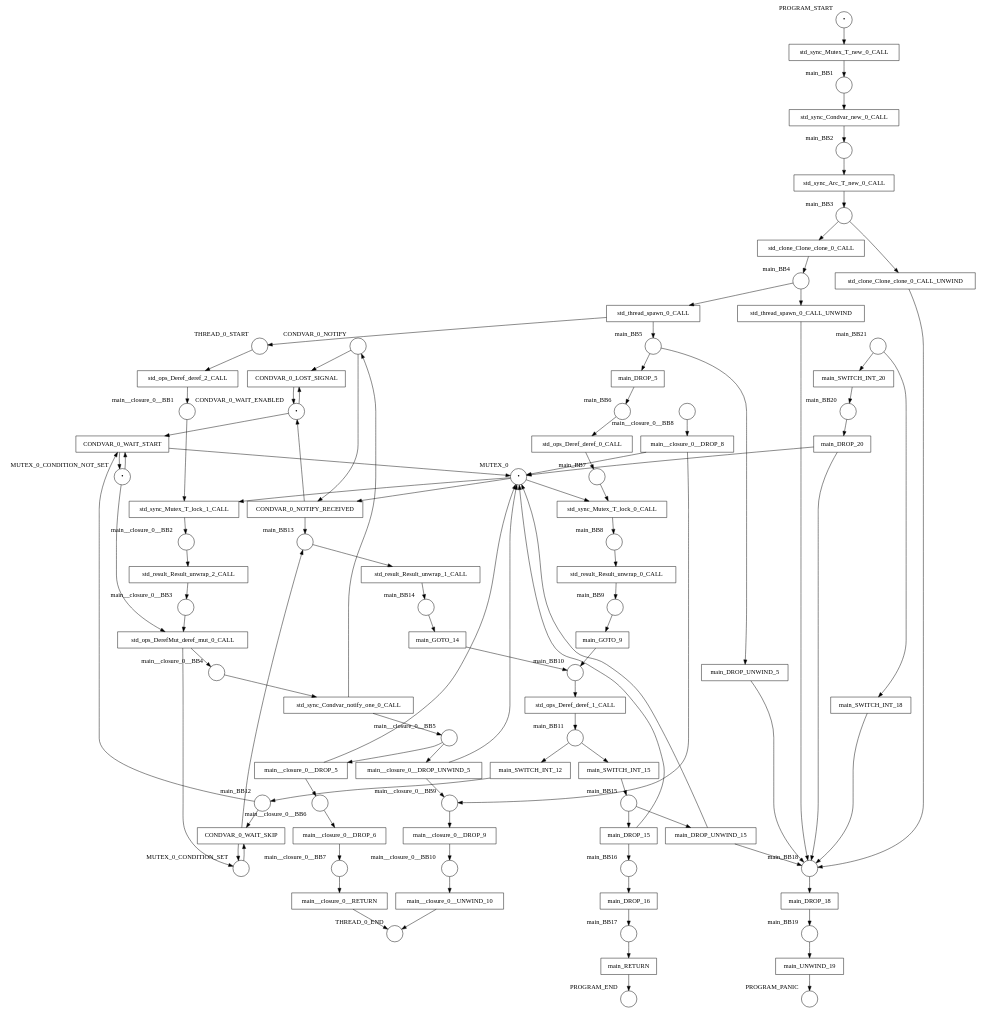
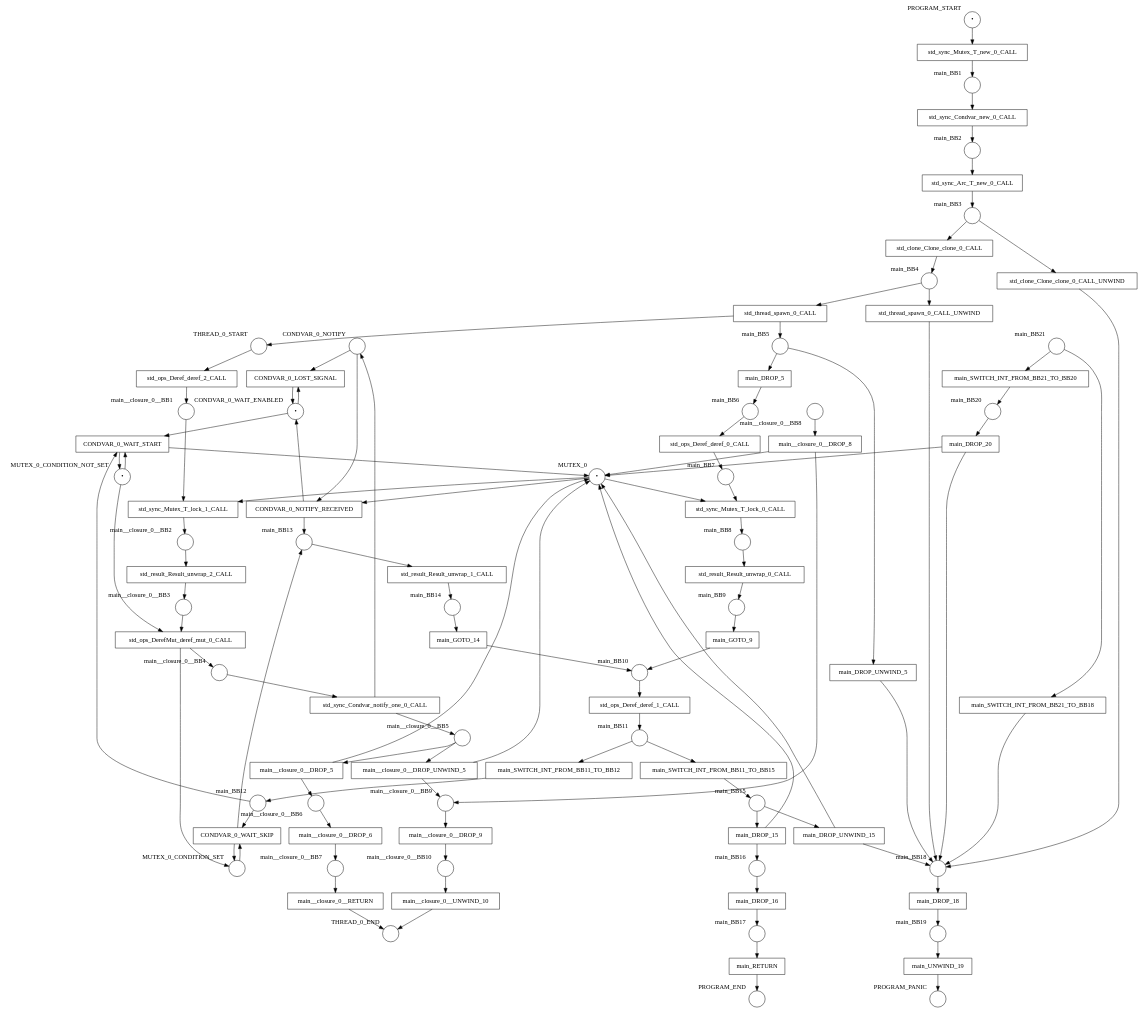
One commit to hlisdero/cargo-check-deadlock changed the diagram in examples/results/condvar/wait/net.dot. Above: the diagram before and after it, drawn with Graphviz. The commit also changed 34 other files, not shown here.

```diff
--- a/examples/results/condvar/wait/net.dot
+++ b/examples/results/condvar/wait/net.dot
@@ -1,192 +1,192 @@
 digraph petrinet {
     CONDVAR_0_NOTIFY [shape="circle" xlabel="CONDVAR_0_NOTIFY" label=""];
     CONDVAR_0_WAIT_ENABLED [shape="circle" xlabel="CONDVAR_0_WAIT_ENABLED" label="•"];
     MUTEX_0 [shape="circle" xlabel="MUTEX_0" label="•"];
     MUTEX_0_CONDITION_NOT_SET [shape="circle" xlabel="MUTEX_0_CONDITION_NOT_SET" label="•"];
     MUTEX_0_CONDITION_SET [shape="circle" xlabel="MUTEX_0_CONDITION_SET" label=""];
     PROGRAM_END [shape="circle" xlabel="PROGRAM_END" label=""];
     PROGRAM_PANIC [shape="circle" xlabel="PROGRAM_PANIC" label=""];
     PROGRAM_START [shape="circle" xlabel="PROGRAM_START" label="•"];
     THREAD_0_END [shape="circle" xlabel="THREAD_0_END" label=""];
     THREAD_0_START [shape="circle" xlabel="THREAD_0_START" label=""];
     main_BB1 [shape="circle" xlabel="main_BB1" label=""];
     main_BB10 [shape="circle" xlabel="main_BB10" label=""];
     main_BB11 [shape="circle" xlabel="main_BB11" label=""];
     main_BB12 [shape="circle" xlabel="main_BB12" label=""];
     main_BB13 [shape="circle" xlabel="main_BB13" label=""];
     main_BB14 [shape="circle" xlabel="main_BB14" label=""];
     main_BB15 [shape="circle" xlabel="main_BB15" label=""];
     main_BB16 [shape="circle" xlabel="main_BB16" label=""];
     main_BB17 [shape="circle" xlabel="main_BB17" label=""];
     main_BB18 [shape="circle" xlabel="main_BB18" label=""];
     main_BB19 [shape="circle" xlabel="main_BB19" label=""];
     main_BB2 [shape="circle" xlabel="main_BB2" label=""];
     main_BB20 [shape="circle" xlabel="main_BB20" label=""];
     main_BB21 [shape="circle" xlabel="main_BB21" label=""];
     main_BB3 [shape="circle" xlabel="main_BB3" label=""];
     main_BB4 [shape="circle" xlabel="main_BB4" label=""];
     main_BB5 [shape="circle" xlabel="main_BB5" label=""];
     main_BB6 [shape="circle" xlabel="main_BB6" label=""];
     main_BB7 [shape="circle" xlabel="main_BB7" label=""];
     main_BB8 [shape="circle" xlabel="main_BB8" label=""];
     main_BB9 [shape="circle" xlabel="main_BB9" label=""];
     main__closure_0__BB1 [shape="circle" xlabel="main__closure_0__BB1" label=""];
     main__closure_0__BB10 [shape="circle" xlabel="main__closure_0__BB10" label=""];
     main__closure_0__BB2 [shape="circle" xlabel="main__closure_0__BB2" label=""];
     main__closure_0__BB3 [shape="circle" xlabel="main__closure_0__BB3" label=""];
     main__closure_0__BB4 [shape="circle" xlabel="main__closure_0__BB4" label=""];
     main__closure_0__BB5 [shape="circle" xlabel="main__closure_0__BB5" label=""];
     main__closure_0__BB6 [shape="circle" xlabel="main__closure_0__BB6" label=""];
     main__closure_0__BB7 [shape="circle" xlabel="main__closure_0__BB7" label=""];
     main__closure_0__BB8 [shape="circle" xlabel="main__closure_0__BB8" label=""];
     main__closure_0__BB9 [shape="circle" xlabel="main__closure_0__BB9" label=""];
     CONDVAR_0_LOST_SIGNAL [shape="box" xlabel="" label="CONDVAR_0_LOST_SIGNAL"];
     CONDVAR_0_NOTIFY_RECEIVED [shape="box" xlabel="" label="CONDVAR_0_NOTIFY_RECEIVED"];
     CONDVAR_0_WAIT_SKIP [shape="box" xlabel="" label="CONDVAR_0_WAIT_SKIP"];
     CONDVAR_0_WAIT_START [shape="box" xlabel="" label="CONDVAR_0_WAIT_START"];
     main_DROP_15 [shape="box" xlabel="" label="main_DROP_15"];
     main_DROP_16 [shape="box" xlabel="" label="main_DROP_16"];
     main_DROP_18 [shape="box" xlabel="" label="main_DROP_18"];
     main_DROP_20 [shape="box" xlabel="" label="main_DROP_20"];
     main_DROP_5 [shape="box" xlabel="" label="main_DROP_5"];
     main_DROP_UNWIND_15 [shape="box" xlabel="" label="main_DROP_UNWIND_15"];
     main_DROP_UNWIND_5 [shape="box" xlabel="" label="main_DROP_UNWIND_5"];
     main_GOTO_14 [shape="box" xlabel="" label="main_GOTO_14"];
     main_GOTO_9 [shape="box" xlabel="" label="main_GOTO_9"];
     main_RETURN [shape="box" xlabel="" label="main_RETURN"];
-    main_SWITCH_INT_12 [shape="box" xlabel="" label="main_SWITCH_INT_12"];
-    main_SWITCH_INT_15 [shape="box" xlabel="" label="main_SWITCH_INT_15"];
-    main_SWITCH_INT_18 [shape="box" xlabel="" label="main_SWITCH_INT_18"];
-    main_SWITCH_INT_20 [shape="box" xlabel="" label="main_SWITCH_INT_20"];
+    main_SWITCH_INT_FROM_BB11_TO_BB12 [shape="box" xlabel="" label="main_SWITCH_INT_FROM_BB11_TO_BB12"];
+    main_SWITCH_INT_FROM_BB11_TO_BB15 [shape="box" xlabel="" label="main_SWITCH_INT_FROM_BB11_TO_BB15"];
+    main_SWITCH_INT_FROM_BB21_TO_BB18 [shape="box" xlabel="" label="main_SWITCH_INT_FROM_BB21_TO_BB18"];
+    main_SWITCH_INT_FROM_BB21_TO_BB20 [shape="box" xlabel="" label="main_SWITCH_INT_FROM_BB21_TO_BB20"];
     main_UNWIND_19 [shape="box" xlabel="" label="main_UNWIND_19"];
     main__closure_0__DROP_5 [shape="box" xlabel="" label="main__closure_0__DROP_5"];
     main__closure_0__DROP_6 [shape="box" xlabel="" label="main__closure_0__DROP_6"];
     main__closure_0__DROP_8 [shape="box" xlabel="" label="main__closure_0__DROP_8"];
     main__closure_0__DROP_9 [shape="box" xlabel="" label="main__closure_0__DROP_9"];
     main__closure_0__DROP_UNWIND_5 [shape="box" xlabel="" label="main__closure_0__DROP_UNWIND_5"];
     main__closure_0__RETURN [shape="box" xlabel="" label="main__closure_0__RETURN"];
     main__closure_0__UNWIND_10 [shape="box" xlabel="" label="main__closure_0__UNWIND_10"];
     std_clone_Clone_clone_0_CALL [shape="box" xlabel="" label="std_clone_Clone_clone_0_CALL"];
     std_clone_Clone_clone_0_CALL_UNWIND [shape="box" xlabel="" label="std_clone_Clone_clone_0_CALL_UNWIND"];
     std_ops_DerefMut_deref_mut_0_CALL [shape="box" xlabel="" label="std_ops_DerefMut_deref_mut_0_CALL"];
     std_ops_Deref_deref_0_CALL [shape="box" xlabel="" label="std_ops_Deref_deref_0_CALL"];
     std_ops_Deref_deref_1_CALL [shape="box" xlabel="" label="std_ops_Deref_deref_1_CALL"];
     std_ops_Deref_deref_2_CALL [shape="box" xlabel="" label="std_ops_Deref_deref_2_CALL"];
     std_result_Result_unwrap_0_CALL [shape="box" xlabel="" label="std_result_Result_unwrap_0_CALL"];
     std_result_Result_unwrap_1_CALL [shape="box" xlabel="" label="std_result_Result_unwrap_1_CALL"];
     std_result_Result_unwrap_2_CALL [shape="box" xlabel="" label="std_result_Result_unwrap_2_CALL"];
     std_sync_Arc_T_new_0_CALL [shape="box" xlabel="" label="std_sync_Arc_T_new_0_CALL"];
     std_sync_Condvar_new_0_CALL [shape="box" xlabel="" label="std_sync_Condvar_new_0_CALL"];
     std_sync_Condvar_notify_one_0_CALL [shape="box" xlabel="" label="std_sync_Condvar_notify_one_0_CALL"];
     std_sync_Mutex_T_lock_0_CALL [shape="box" xlabel="" label="std_sync_Mutex_T_lock_0_CALL"];
     std_sync_Mutex_T_lock_1_CALL [shape="box" xlabel="" label="std_sync_Mutex_T_lock_1_CALL"];
     std_sync_Mutex_T_new_0_CALL [shape="box" xlabel="" label="std_sync_Mutex_T_new_0_CALL"];
     std_thread_spawn_0_CALL [shape="box" xlabel="" label="std_thread_spawn_0_CALL"];
     std_thread_spawn_0_CALL_UNWIND [shape="box" xlabel="" label="std_thread_spawn_0_CALL_UNWIND"];
     CONDVAR_0_NOTIFY -> CONDVAR_0_LOST_SIGNAL;
     CONDVAR_0_NOTIFY -> CONDVAR_0_NOTIFY_RECEIVED;
     CONDVAR_0_WAIT_ENABLED -> CONDVAR_0_LOST_SIGNAL;
     CONDVAR_0_WAIT_ENABLED -> CONDVAR_0_WAIT_START;
     MUTEX_0 -> CONDVAR_0_NOTIFY_RECEIVED;
     MUTEX_0 -> std_sync_Mutex_T_lock_0_CALL;
     MUTEX_0 -> std_sync_Mutex_T_lock_1_CALL;
     MUTEX_0_CONDITION_NOT_SET -> CONDVAR_0_WAIT_START;
     MUTEX_0_CONDITION_NOT_SET -> std_ops_DerefMut_deref_mut_0_CALL;
     MUTEX_0_CONDITION_SET -> CONDVAR_0_WAIT_SKIP;
     PROGRAM_START -> std_sync_Mutex_T_new_0_CALL;
     THREAD_0_START -> std_ops_Deref_deref_2_CALL;
     main_BB1 -> std_sync_Condvar_new_0_CALL;
     main_BB10 -> std_ops_Deref_deref_1_CALL;
-    main_BB11 -> main_SWITCH_INT_12;
-    main_BB11 -> main_SWITCH_INT_15;
+    main_BB11 -> main_SWITCH_INT_FROM_BB11_TO_BB12;
+    main_BB11 -> main_SWITCH_INT_FROM_BB11_TO_BB15;
     main_BB12 -> CONDVAR_0_WAIT_SKIP;
     main_BB12 -> CONDVAR_0_WAIT_START;
     main_BB13 -> std_result_Result_unwrap_1_CALL;
     main_BB14 -> main_GOTO_14;
     main_BB15 -> main_DROP_15;
     main_BB15 -> main_DROP_UNWIND_15;
     main_BB16 -> main_DROP_16;
     main_BB17 -> main_RETURN;
     main_BB18 -> main_DROP_18;
     main_BB19 -> main_UNWIND_19;
     main_BB2 -> std_sync_Arc_T_new_0_CALL;
     main_BB20 -> main_DROP_20;
-    main_BB21 -> main_SWITCH_INT_18;
-    main_BB21 -> main_SWITCH_INT_20;
+    main_BB21 -> main_SWITCH_INT_FROM_BB21_TO_BB18;
+    main_BB21 -> main_SWITCH_INT_FROM_BB21_TO_BB20;
     main_BB3 -> std_clone_Clone_clone_0_CALL;
     main_BB3 -> std_clone_Clone_clone_0_CALL_UNWIND;
     main_BB4 -> std_thread_spawn_0_CALL;
     main_BB4 -> std_thread_spawn_0_CALL_UNWIND;
     main_BB5 -> main_DROP_5;
     main_BB5 -> main_DROP_UNWIND_5;
     main_BB6 -> std_ops_Deref_deref_0_CALL;
     main_BB7 -> std_sync_Mutex_T_lock_0_CALL;
     main_BB8 -> std_result_Result_unwrap_0_CALL;
     main_BB9 -> main_GOTO_9;
     main__closure_0__BB1 -> std_sync_Mutex_T_lock_1_CALL;
     main__closure_0__BB10 -> main__closure_0__UNWIND_10;
     main__closure_0__BB2 -> std_result_Result_unwrap_2_CALL;
     main__closure_0__BB3 -> std_ops_DerefMut_deref_mut_0_CALL;
     main__closure_0__BB4 -> std_sync_Condvar_notify_one_0_CALL;
     main__closure_0__BB5 -> main__closure_0__DROP_5;
     main__closure_0__BB5 -> main__closure_0__DROP_UNWIND_5;
     main__closure_0__BB6 -> main__closure_0__DROP_6;
     main__closure_0__BB7 -> main__closure_0__RETURN;
     main__closure_0__BB8 -> main__closure_0__DROP_8;
     main__closure_0__BB9 -> main__closure_0__DROP_9;
     CONDVAR_0_LOST_SIGNAL -> CONDVAR_0_WAIT_ENABLED;
     CONDVAR_0_NOTIFY_RECEIVED -> CONDVAR_0_WAIT_ENABLED;
     CONDVAR_0_NOTIFY_RECEIVED -> main_BB13;
     CONDVAR_0_WAIT_SKIP -> MUTEX_0_CONDITION_SET;
     CONDVAR_0_WAIT_SKIP -> main_BB13;
     CONDVAR_0_WAIT_START -> MUTEX_0;
     CONDVAR_0_WAIT_START -> MUTEX_0_CONDITION_NOT_SET;
     main_DROP_15 -> MUTEX_0;
     main_DROP_15 -> main_BB16;
     main_DROP_16 -> main_BB17;
     main_DROP_18 -> main_BB19;
     main_DROP_20 -> MUTEX_0;
     main_DROP_20 -> main_BB18;
     main_DROP_5 -> main_BB6;
     main_DROP_UNWIND_15 -> MUTEX_0;
     main_DROP_UNWIND_15 -> main_BB18;
     main_DROP_UNWIND_5 -> main_BB18;
     main_GOTO_14 -> main_BB10;
     main_GOTO_9 -> main_BB10;
     main_RETURN -> PROGRAM_END;
-    main_SWITCH_INT_12 -> main_BB12;
-    main_SWITCH_INT_15 -> main_BB15;
-    main_SWITCH_INT_18 -> main_BB18;
-    main_SWITCH_INT_20 -> main_BB20;
+    main_SWITCH_INT_FROM_BB11_TO_BB12 -> main_BB12;
+    main_SWITCH_INT_FROM_BB11_TO_BB15 -> main_BB15;
+    main_SWITCH_INT_FROM_BB21_TO_BB18 -> main_BB18;
+    main_SWITCH_INT_FROM_BB21_TO_BB20 -> main_BB20;
     main_UNWIND_19 -> PROGRAM_PANIC;
     main__closure_0__DROP_5 -> MUTEX_0;
     main__closure_0__DROP_5 -> main__closure_0__BB6;
     main__closure_0__DROP_6 -> main__closure_0__BB7;
     main__closure_0__DROP_8 -> MUTEX_0;
     main__closure_0__DROP_8 -> main__closure_0__BB9;
     main__closure_0__DROP_9 -> main__closure_0__BB10;
     main__closure_0__DROP_UNWIND_5 -> MUTEX_0;
     main__closure_0__DROP_UNWIND_5 -> main__closure_0__BB9;
     main__closure_0__RETURN -> THREAD_0_END;
     main__closure_0__UNWIND_10 -> THREAD_0_END;
     std_clone_Clone_clone_0_CALL -> main_BB4;
     std_clone_Clone_clone_0_CALL_UNWIND -> main_BB18;
     std_ops_DerefMut_deref_mut_0_CALL -> MUTEX_0_CONDITION_SET;
     std_ops_DerefMut_deref_mut_0_CALL -> main__closure_0__BB4;
     std_ops_Deref_deref_0_CALL -> main_BB7;
     std_ops_Deref_deref_1_CALL -> main_BB11;
     std_ops_Deref_deref_2_CALL -> main__closure_0__BB1;
     std_result_Result_unwrap_0_CALL -> main_BB9;
     std_result_Result_unwrap_1_CALL -> main_BB14;
     std_result_Result_unwrap_2_CALL -> main__closure_0__BB3;
     std_sync_Arc_T_new_0_CALL -> main_BB3;
     std_sync_Condvar_new_0_CALL -> main_BB2;
     std_sync_Condvar_notify_one_0_CALL -> CONDVAR_0_NOTIFY;
     std_sync_Condvar_notify_one_0_CALL -> main__closure_0__BB5;
     std_sync_Mutex_T_lock_0_CALL -> main_BB8;
     std_sync_Mutex_T_lock_1_CALL -> main__closure_0__BB2;
     std_sync_Mutex_T_new_0_CALL -> main_BB1;
     std_thread_spawn_0_CALL -> THREAD_0_START;
     std_thread_spawn_0_CALL -> main_BB5;
     std_thread_spawn_0_CALL_UNWIND -> main_BB18;
 }
```
